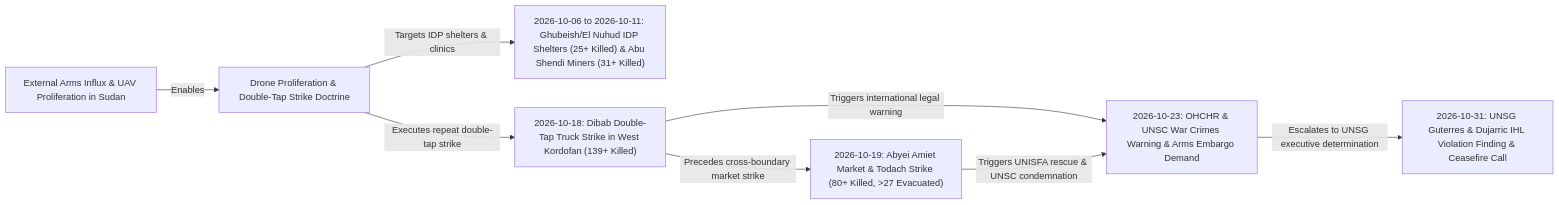
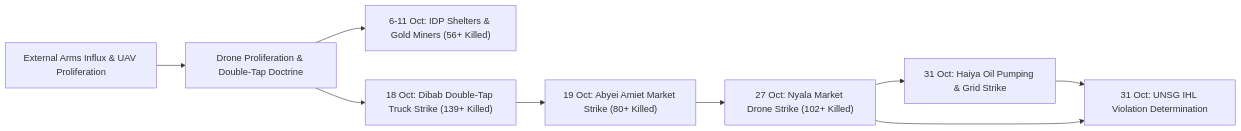
Before and after one commit to litznerski/llm-wiki-news: the diagram in wiki/timelines/Sudan Drone Warfare and Double-Tap Strike Timeline.md, drawn with Mermaid. The commit also changed other lines of this file and 125 other files, not shown here.

````diff
--- a/wiki/timelines/Sudan Drone Warfare and Double-Tap Strike Timeline.md
+++ b/wiki/timelines/Sudan Drone Warfare and Double-Tap Strike Timeline.md
@@ -84,18 +110,20 @@
 ```mermaid
 flowchart LR
-    ARMS["External Arms Influx & UAV Proliferation in Sudan"]
-    DOCTRINE["Drone Proliferation & Double-Tap Strike Doctrine"]
-    IDP_STRIKES["2026-10-06 to 2026-10-11: Ghubeish/El Nuhud IDP Shelters (25+ Killed) & Abu Shendi Miners (31+ Killed)"]
-    DIBAB_STRIKE["2026-10-18: Dibab Double-Tap Truck Strike in West Kordofan (139+ Killed)"]
-    ABYEI_STRIKE["2026-10-19: Abyei Amiet Market & Todach Strike (80+ Killed, >27 Evacuated)"]
-    UN_RESPONSE["2026-10-23: OHCHR & UNSC War Crimes Warning & Arms Embargo Demand"]
-    UNSG_IHL["2026-10-31: UNSG Guterres & Dujarric IHL Violation Finding & Ceasefire Call"]
+    ARMS["External Arms Influx & UAV Proliferation"]
+    DOCTRINE["Drone Proliferation & Double-Tap Doctrine"]
+    IDP_STRIKES["6-11 Oct: IDP Shelters & Gold Miners (56+ Killed)"]
+    DIBAB_STRIKE["18 Oct: Dibab Double-Tap Truck Strike (139+ Killed)"]
+    ABYEI_STRIKE["19 Oct: Abyei Amiet Market Strike (80+ Killed)"]
+    NYALA_STRIKE["27 Oct: Nyala Market Drone Strike (102+ Killed)"]
+    HAIYA_STRIKE["31 Oct: Haiya Oil Pumping & Grid Strike"]
+    UNSG_IHL["31 Oct: UNSG IHL Violation Determination"]
 
-    ARMS -->|"Enables"| DOCTRINE
-    DOCTRINE -->|"Targets IDP shelters & clinics"| IDP_STRIKES
-    DOCTRINE -->|"Executes repeat double-tap strike"| DIBAB_STRIKE
-    DIBAB_STRIKE -->|"Precedes cross-boundary market strike"| ABYEI_STRIKE
-    DIBAB_STRIKE -->|"Triggers international legal warning"| UN_RESPONSE
-    ABYEI_STRIKE -->|"Triggers UNISFA rescue & UNSC condemnation"| UN_RESPONSE
-    UN_RESPONSE -->|"Escalates to UNSG executive determination"| UNSG_IHL
+    ARMS --> DOCTRINE
+    DOCTRINE --> IDP_STRIKES
+    DOCTRINE --> DIBAB_STRIKE
+    DIBAB_STRIKE --> ABYEI_STRIKE
+    ABYEI_STRIKE --> NYALA_STRIKE
+    NYALA_STRIKE --> HAIYA_STRIKE
+    HAIYA_STRIKE --> UNSG_IHL
+    NYALA_STRIKE --> UNSG_IHL
 ```
````
